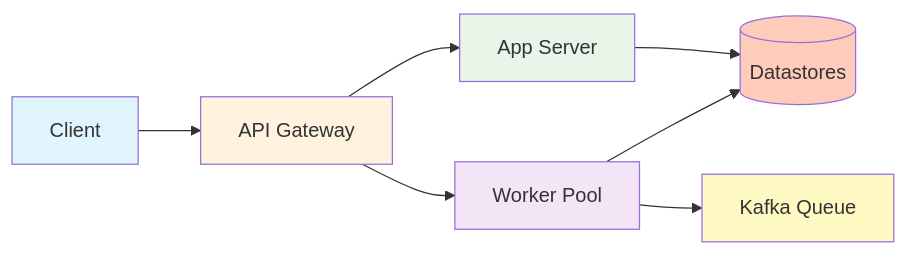
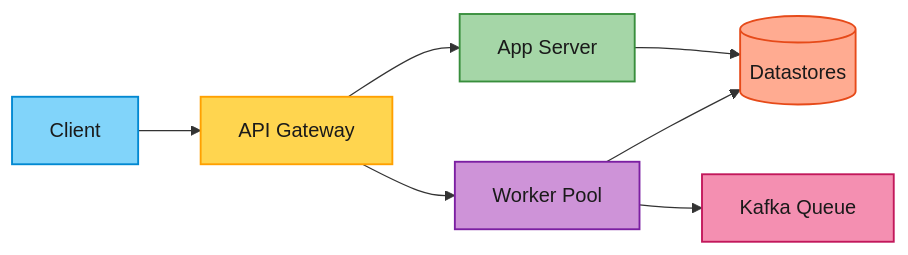
One commit to iliazlobin/iliazlobin.github.io changed the first of 2 diagrams in _posts/2026-07-01-system-design-camelcamelcamel.md. Above: the diagram before and after it, drawn with Mermaid. The commit also changed other lines of this file and 45 other files, not shown here.

First line of the commit message:
Republish all posts from Notion: fix mermaid errors, drop §7 Trade-offs (#88)

````diff
--- a/_posts/2026-07-01-system-design-camelcamelcamel.md
+++ b/_posts/2026-07-01-system-design-camelcamelcamel.md
@@ -18,15 +18,15 @@
 ```mermaid
 flowchart LR
     C[Client] --> G[API Gateway]
     G --> A[App Server]
     G --> W[Worker Pool]
     A --> DB[(Datastores)]
     W --> DB
     W --> Q[Kafka Queue]
-    style C fill:#e1f5fe
-    style G fill:#fff3e0
-    style A fill:#e8f5e9
-    style W fill:#f3e5f5
-    style DB fill:#ffccbc
-    style Q fill:#fff9c4
+    style C fill:#81D4FA,stroke:#0288D1,stroke-width:1.5px,color:#1A1A1A
+    style G fill:#FFD54F,stroke:#FFA000,stroke-width:1.5px,color:#1A1A1A
+    style A fill:#A5D6A7,stroke:#388E3C,stroke-width:1.5px,color:#1A1A1A
+    style W fill:#CE93D8,stroke:#7B1FA2,stroke-width:1.5px,color:#1A1A1A
+    style DB fill:#FFAB91,stroke:#E64A19,stroke-width:1.5px,color:#1A1A1A
+    style Q fill:#F48FB1,stroke:#C2185B,stroke-width:1.5px,color:#1A1A1A
 ```
````
